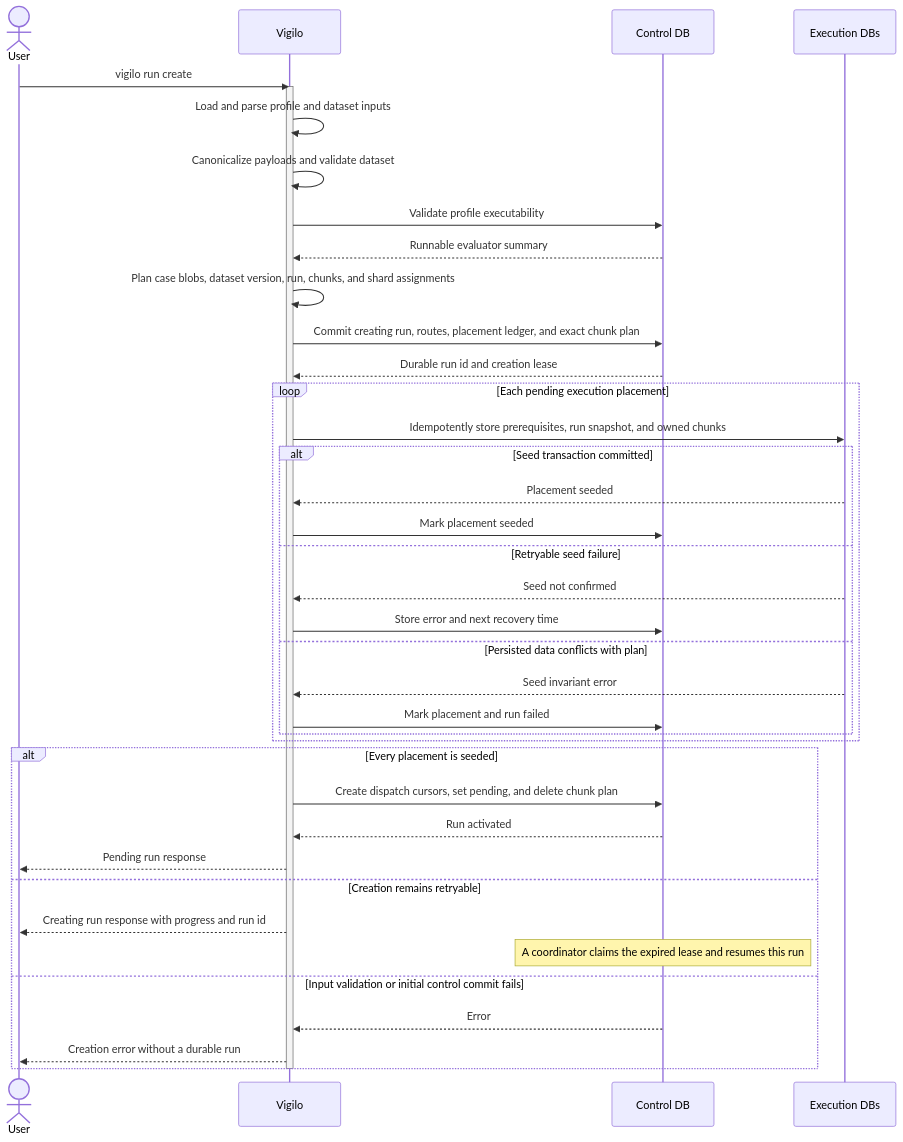
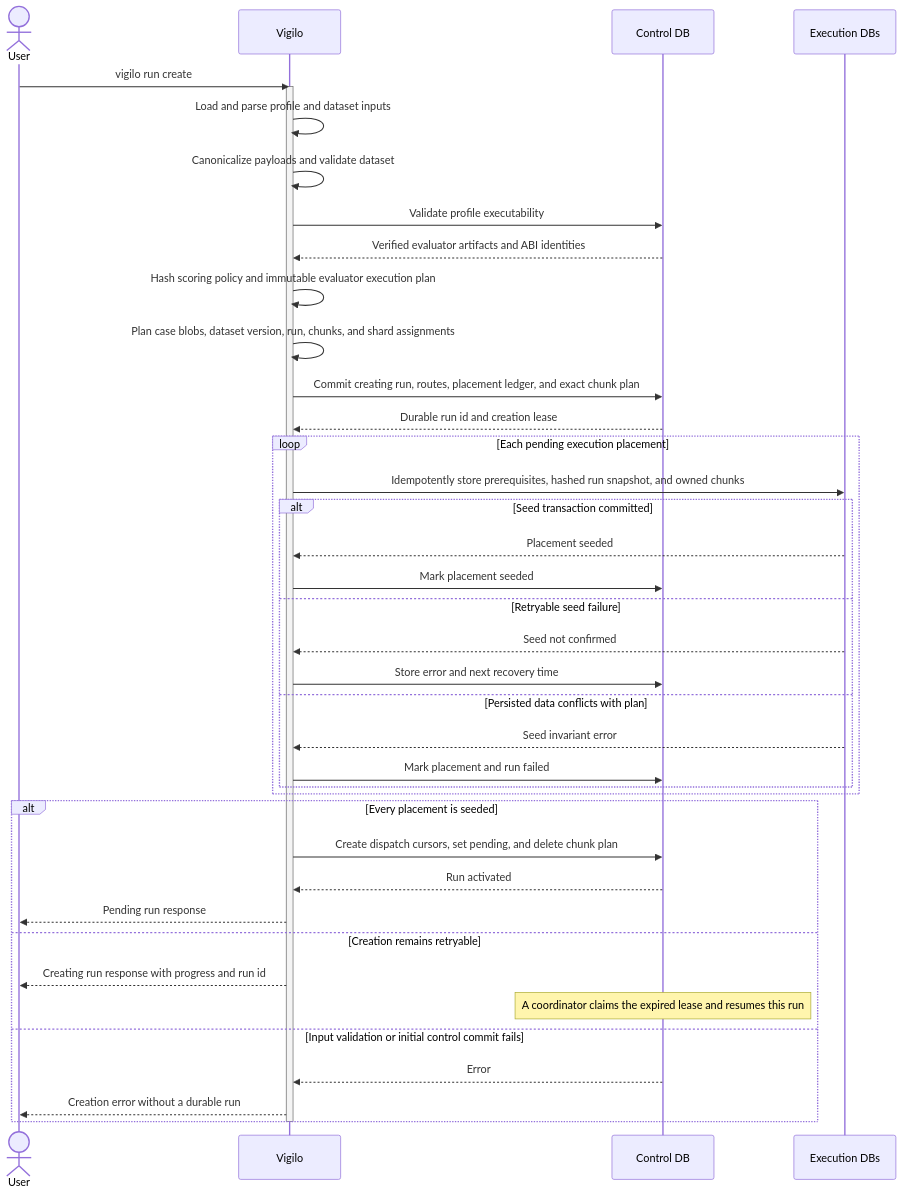
Before and after one commit to gregl83/agent-vigilo: the diagram in web/docs/architecture/flows/run/create/execution-flow.mmd, drawn with Mermaid. The commit also changed 48 other files, not shown here.

```diff
--- a/web/docs/architecture/flows/run/create/execution-flow.mmd
+++ b/web/docs/architecture/flows/run/create/execution-flow.mmd
@@ -1,53 +1,54 @@
 ---
 config:
   flowchart:
     nodeSpacing: 150
     rankSpacing: 80
   themeVariables:
     edgeLabelBackground: 'transparent'
 ---
 sequenceDiagram
     actor User
     participant Vigilo
     participant ControlDB as Control DB
     participant ExecutionDB as Execution DBs
 
     User->>Vigilo: vigilo run create
     activate Vigilo
 
     Vigilo->>Vigilo: Load and parse profile and dataset inputs
     Vigilo->>Vigilo: Canonicalize payloads and validate dataset
     Vigilo->>ControlDB: Validate profile executability
-    ControlDB-->>Vigilo: Runnable evaluator summary
+    ControlDB-->>Vigilo: Verified evaluator artifacts and ABI identities
+    Vigilo->>Vigilo: Hash scoring policy and immutable evaluator execution plan
 
     Vigilo->>Vigilo: Plan case blobs, dataset version, run, chunks, and shard assignments
     Vigilo->>ControlDB: Commit creating run, routes, placement ledger, and exact chunk plan
     ControlDB-->>Vigilo: Durable run id and creation lease
 
     loop Each pending execution placement
-        Vigilo->>ExecutionDB: Idempotently store prerequisites, run snapshot, and owned chunks
+        Vigilo->>ExecutionDB: Idempotently store prerequisites, hashed run snapshot, and owned chunks
         alt Seed transaction committed
             ExecutionDB-->>Vigilo: Placement seeded
             Vigilo->>ControlDB: Mark placement seeded
         else Retryable seed failure
             ExecutionDB-->>Vigilo: Seed not confirmed
             Vigilo->>ControlDB: Store error and next recovery time
         else Persisted data conflicts with plan
             ExecutionDB-->>Vigilo: Seed invariant error
             Vigilo->>ControlDB: Mark placement and run failed
         end
     end
 
     alt Every placement is seeded
         Vigilo->>ControlDB: Create dispatch cursors, set pending, and delete chunk plan
         ControlDB-->>Vigilo: Run activated
         Vigilo-->>User: Pending run response
     else Creation remains retryable
         Vigilo-->>User: Creating run response with progress and run id
         Note over ControlDB: A coordinator claims the expired lease and resumes this run
     else Input validation or initial control commit fails
         ControlDB-->>Vigilo: Error
         Vigilo-->>User: Creation error without a durable run
     end
 
     deactivate Vigilo
```
